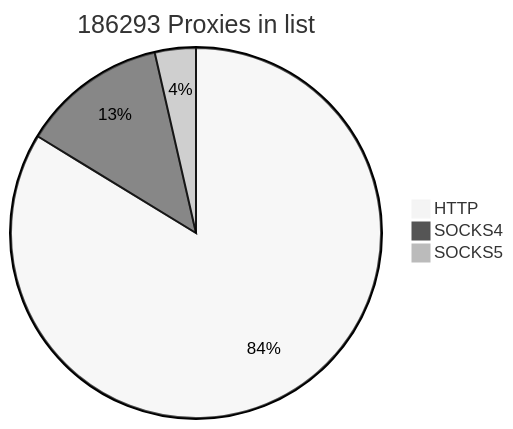
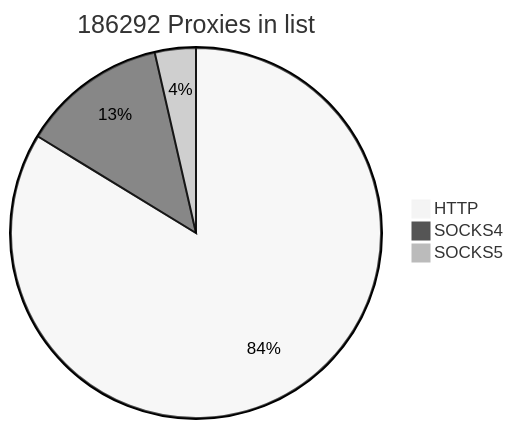
Before and after one commit to cutipu/proxylist: the first of 2 diagrams in README.md, drawn with Mermaid (neutral theme). The commit also changed other lines of this file, not shown here.

````diff
--- a/README.md
+++ b/README.md
@@ -2,7 +2,7 @@
 ```mermaid
-pie title 186293 Proxies in list
+pie title 186292 Proxies in list
     "HTTP" : 155986
-    "SOCKS4" : 23638
+    "SOCKS4" : 23637
     "SOCKS5" : 6669
             
 ```
````
